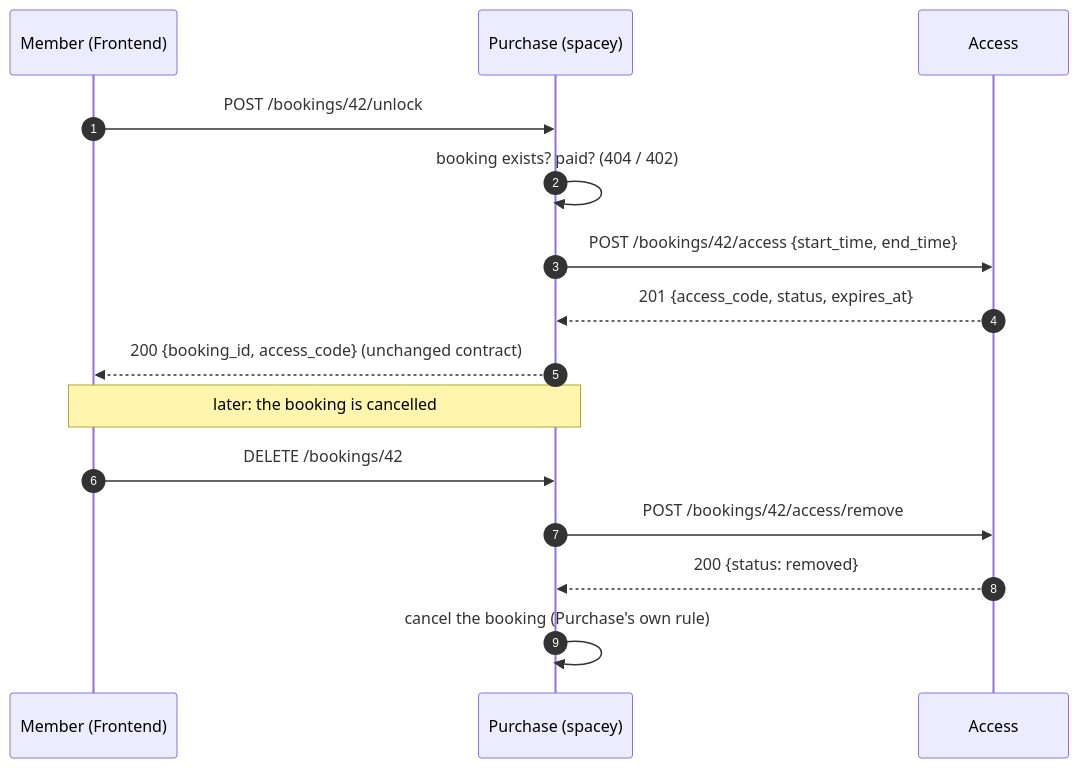
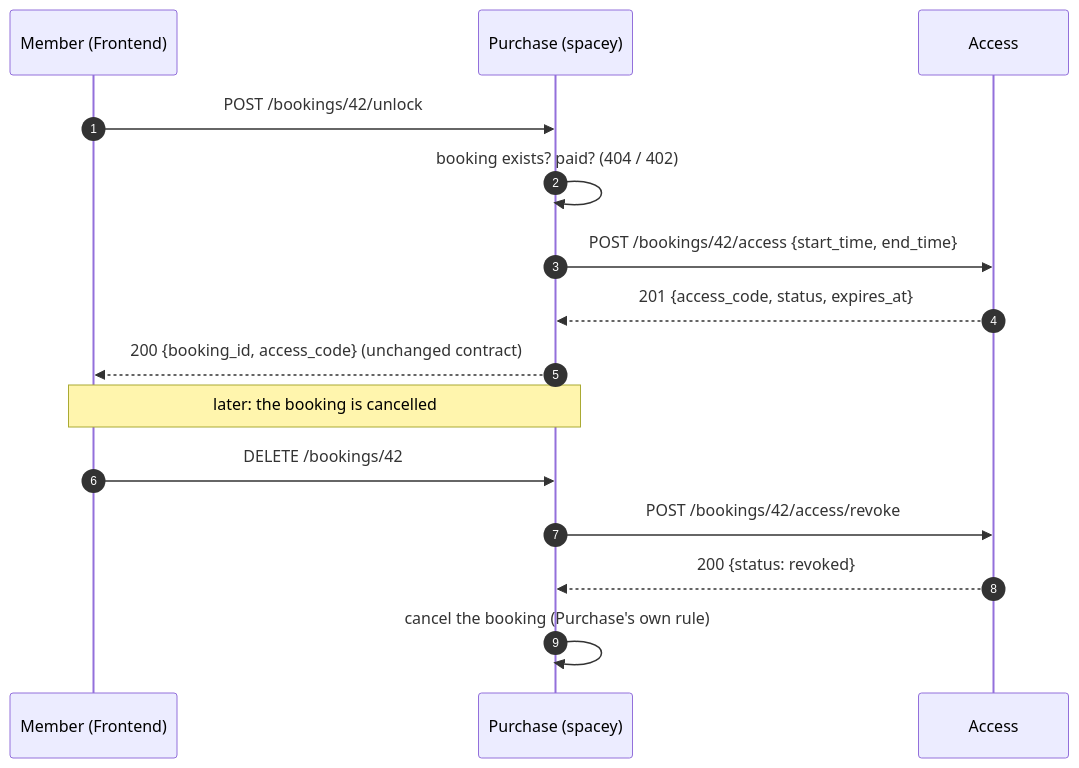
The diagram in docs/for-other-teams.md (cs403bkk-2026/spacey-access), drawn with Mermaid before and after one commit. The commit also changed other lines of this file and 16 other files, not shown here.

````diff
--- a/docs/for-other-teams.md
+++ b/docs/for-other-teams.md
@@ -9,17 +9,17 @@
 ```mermaid
 sequenceDiagram
     autonumber
     participant M as Member (Frontend)
     participant P as Purchase (spacey)
     participant A as Access
     M->>P: POST /bookings/42/unlock
     P->>P: booking exists? paid? (404 / 402)
     P->>A: POST /bookings/42/access {start_time, end_time}
     A-->>P: 201 {access_code, status, expires_at}
     P-->>M: 200 {booking_id, access_code}  (unchanged contract)
     Note over M,P: later: the booking is cancelled
     M->>P: DELETE /bookings/42
-    P->>A: POST /bookings/42/access/remove
-    A-->>P: 200 {status: removed}
+    P->>A: POST /bookings/42/access/revoke
+    A-->>P: 200 {status: revoked}
     P->>P: cancel the booking (Purchase's own rule)
 ```
````
